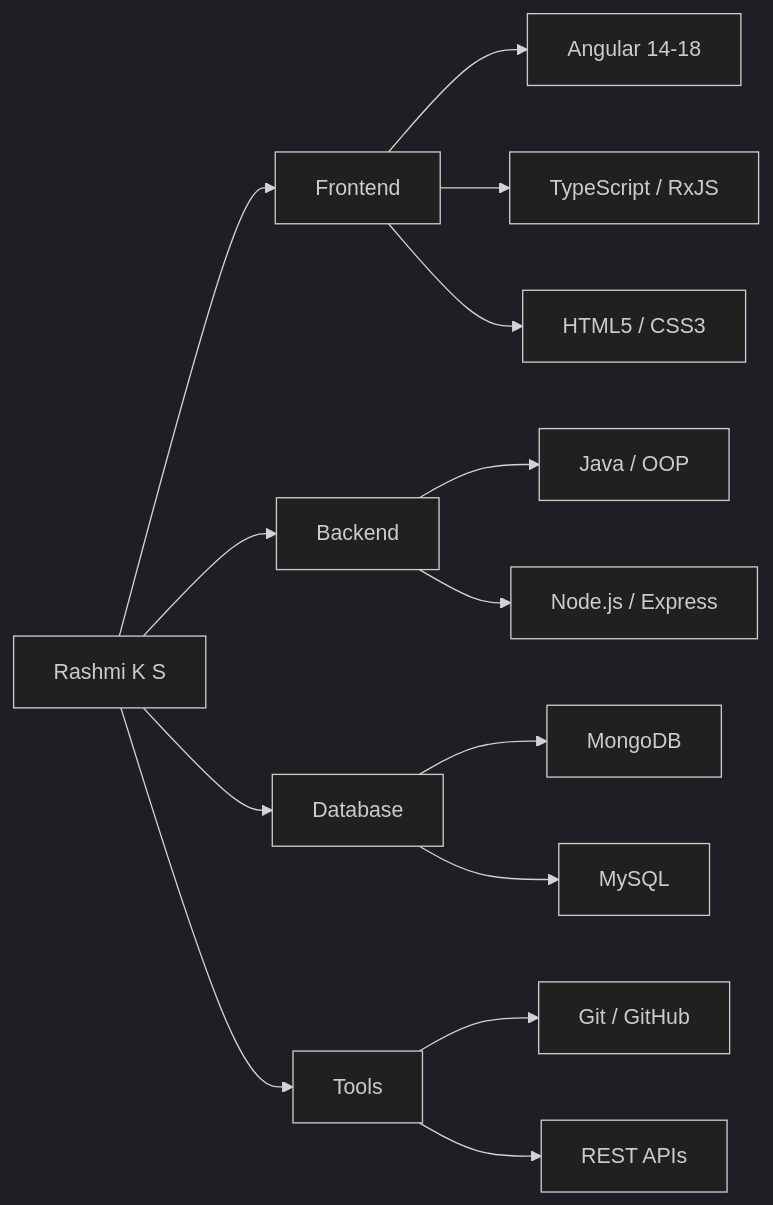
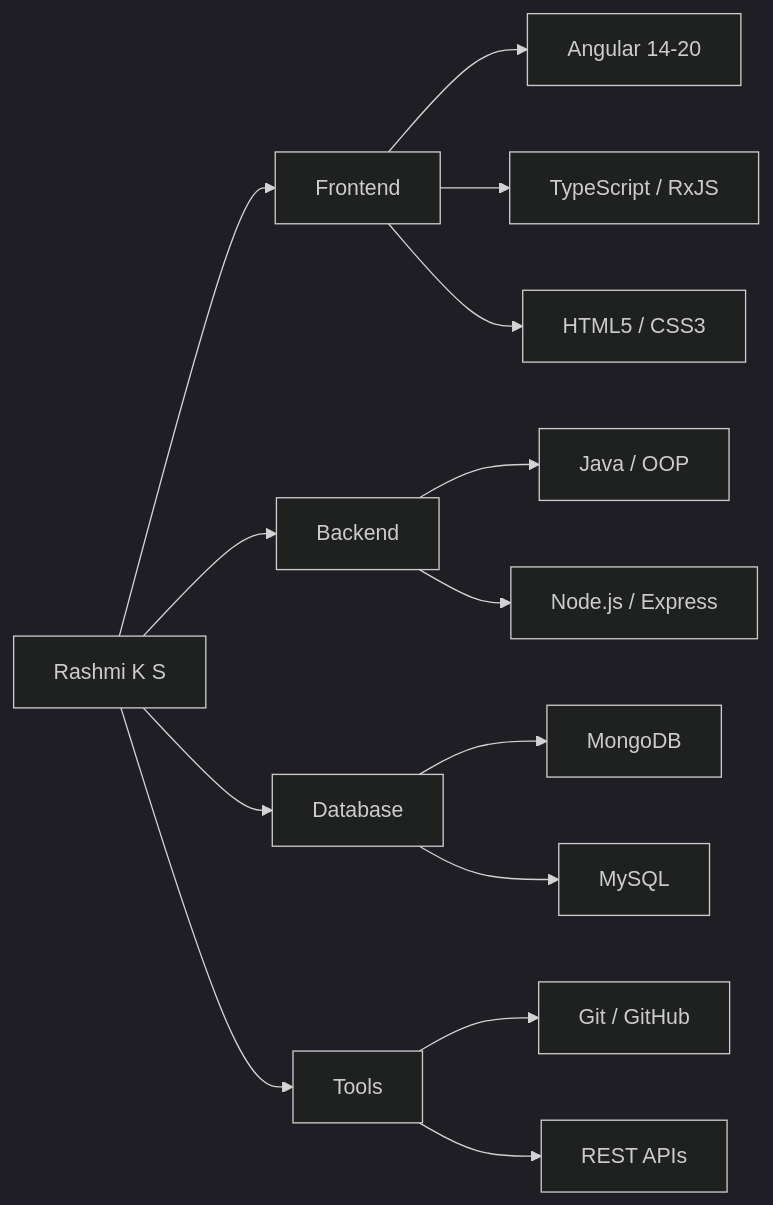
The first of 5 diagrams in README.md (Rashmi92-ha/Rashmi92-ha), drawn with Mermaid (dark theme) before and after one commit.

````diff
--- a/README.md
+++ b/README.md
@@ -34,20 +34,20 @@
 ```mermaid
 graph LR
     A[Rashmi K S] --> B[Frontend]
     A --> C[Backend]
     A --> D[Database]
     A --> E[Tools]
 
-    B --> B1[Angular 14-18]
+    B --> B1[Angular 14-20]
     B --> B2[TypeScript / RxJS]
     B --> B3[HTML5 / CSS3]
 
     C --> C1[Java / OOP]
     C --> C2[Node.js / Express]
 
     D --> D1[MongoDB]
     D --> D2[MySQL]
 
     E --> E1[Git / GitHub]
     E --> E2[REST APIs]
 ```
````
